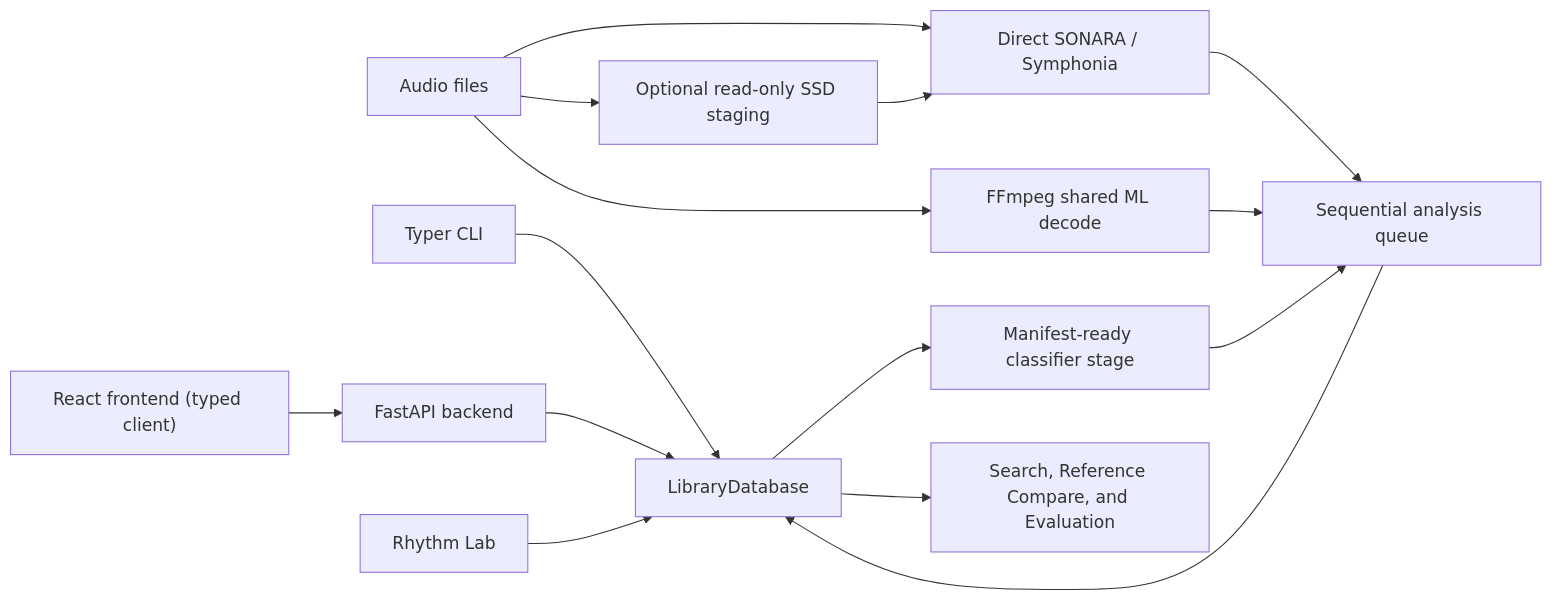
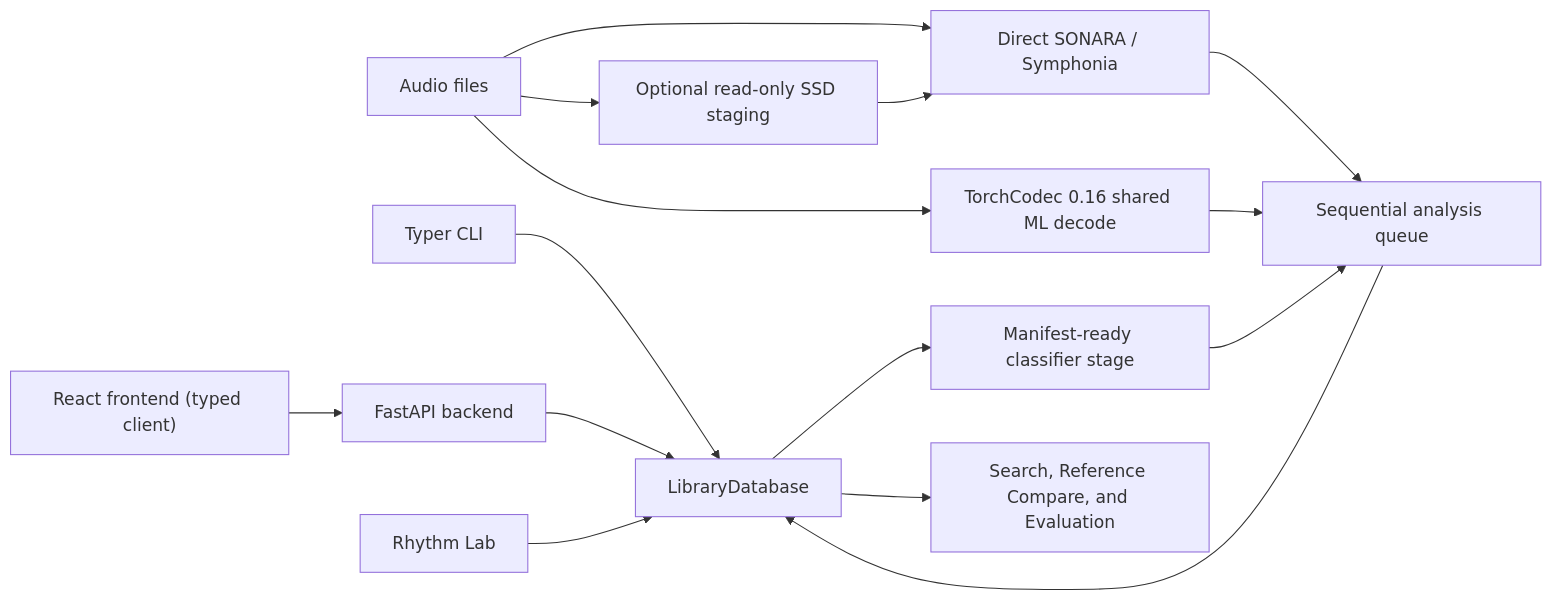
Before and after one commit to MeteorBurn/dj-track-similarity: the diagram in docs/dj-track-similarity/developer/architecture.md, drawn with Mermaid. The commit also changed other lines of this file and 16 other files, not shown here.

Commit message:
refactor: migrate ML audio decoding to TorchCodec 0.16

````diff
--- a/docs/dj-track-similarity/developer/architecture.md
+++ b/docs/dj-track-similarity/developer/architecture.md
@@ -9,17 +9,17 @@
 ```mermaid
 flowchart LR
     CLI[Typer CLI] --> DB[LibraryDatabase]
     API[FastAPI backend] --> DB
     UI["React frontend (typed client)"] --> API
     Audio[Audio files] --> Sonara[Direct SONARA / Symphonia]
     Audio --> Stage[Optional read-only SSD staging]
     Stage --> Sonara
-    Audio --> FFmpeg[FFmpeg shared ML decode]
+    Audio --> TorchCodec[TorchCodec 0.16 shared ML decode]
     Sonara --> Queue[Sequential analysis queue]
-    FFmpeg --> Queue
+    TorchCodec --> Queue
     Queue --> DB
     DB --> Classifiers[Manifest-ready classifier stage]
     Classifiers --> Queue
     DB --> Search[Search, Reference Compare, and Evaluation]
     Lab[Rhythm Lab] --> DB
 ```
````
